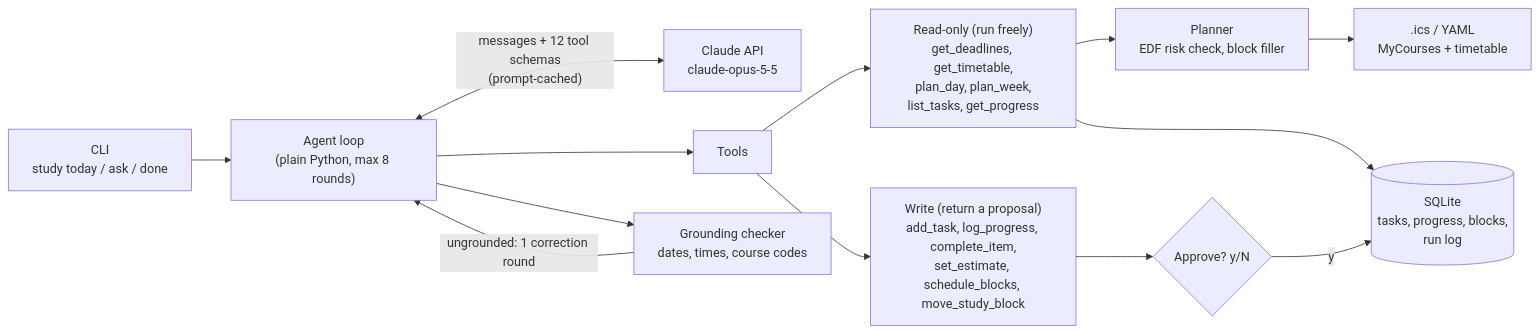
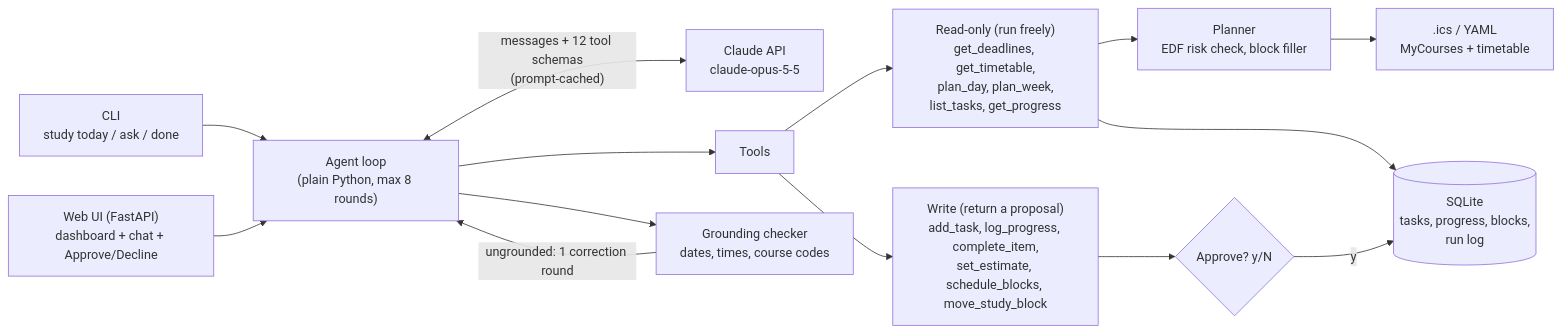
Before and after one commit to KALalev18/ai-agent-rework: the diagram in README.md, drawn with Mermaid. The commit also changed other lines of this file and 1 other file, not shown here.

Commit message:
docs: document the web UI with a screenshot

````diff
--- a/README.md
+++ b/README.md
@@ -35,15 +39,16 @@
 ```mermaid
 flowchart LR
     CLI["CLI<br/>study today / ask / done"] --> Loop["Agent loop<br/>(plain Python, max 8 rounds)"]
+    Web["Web UI (FastAPI)<br/>dashboard + chat + Approve/Decline"] --> Loop
     Loop <-->|"messages + 12 tool schemas<br/>(prompt-cached)"| Claude["Claude API<br/>claude-opus-5-5"]
     Loop --> Tools["Tools"]
     Tools --> Read["Read-only (run freely)<br/>get_deadlines, get_timetable,<br/>plan_day, plan_week,<br/>list_tasks, get_progress"]
     Tools --> Write["Write (return a proposal)<br/>add_task, log_progress, complete_item,<br/>set_estimate, schedule_blocks, move_study_block"]
     Write --> Gate{"Approve? y/N"}
     Gate -->|y| DB[("SQLite<br/>tasks, progress, blocks,<br/>run log")]
     Read --> Planner["Planner<br/>EDF risk check, block filler"]
     Planner --> ICS[".ics / YAML<br/>MyCourses + timetable"]
     Read --> DB
     Loop --> Checker["Grounding checker<br/>dates, times, course codes"]
     Checker -->|"ungrounded: 1 correction round"| Loop
 ```
````
